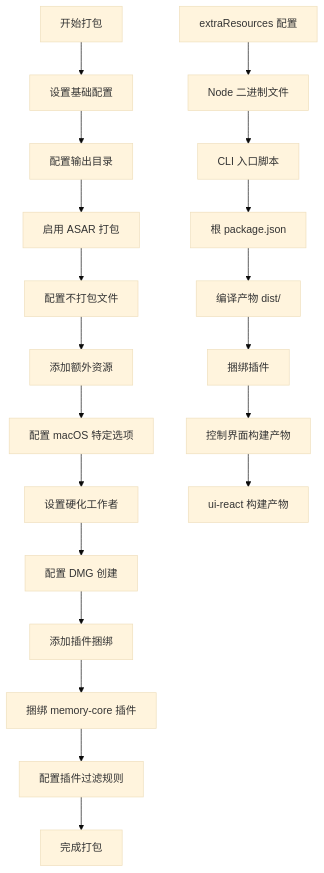
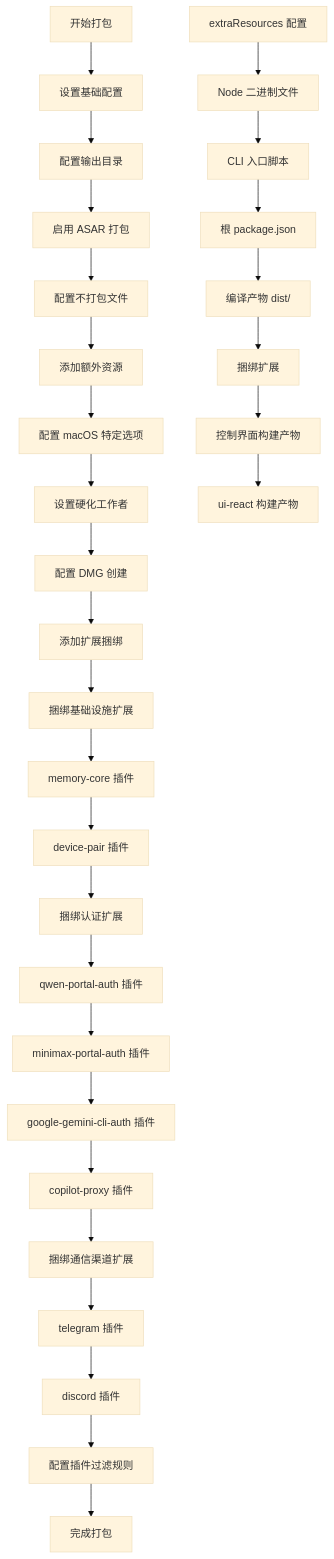
Before and after one commit to verse-ai-org/openclaw: the fifth of 9 diagrams in .qoder/repowiki/zh/content/Electron Packaging Configuration.md, drawn with Mermaid (base theme). The commit also changed other lines of this file and 7 other files, not shown here.

````diff
--- a/.qoder/repowiki/zh/content/Electron Packaging Configuration.md
+++ b/.qoder/repowiki/zh/content/Electron Packaging Configuration.md
@@ -224,22 +252,32 @@
 ```mermaid
 flowchart TD
 A[开始打包] --> B[设置基础配置]
 B --> C[配置输出目录]
 C --> D[启用 ASAR 打包]
 D --> E[配置不打包文件]
 E --> F[添加额外资源]
 F --> G[配置 macOS 特定选项]
 G --> H[设置硬化工作者]
 H --> I[配置 DMG 创建]
-I --> J[添加插件捆绑]
-J --> K[捆绑 memory-core 插件]
-K --> L[配置插件过滤规则]
-L --> M[完成打包]
-N[extraResources 配置] --> O[Node 二进制文件]
-O --> P[CLI 入口脚本]
-P --> Q[根 package.json]
-Q --> R[编译产物 dist/]
-R --> S[捆绑插件]
-S --> T[控制界面构建产物]
-T --> U[ui-react 构建产物]
+I --> J[添加扩展捆绑]
+J --> K[捆绑基础设施扩展]
+K --> L[memory-core 插件]
+L --> M[device-pair 插件]
+M --> N[捆绑认证扩展]
+N --> O[qwen-portal-auth 插件]
+O --> P[minimax-portal-auth 插件]
+P --> Q[google-gemini-cli-auth 插件]
+Q --> R[copilot-proxy 插件]
+R --> S[捆绑通信渠道扩展]
+S --> T[telegram 插件]
+T --> U[discord 插件]
+U --> V[配置插件过滤规则]
+V --> W[完成打包]
+X[extraResources 配置] --> Y[Node 二进制文件]
+Y --> Z[CLI 入口脚本]
+Z --> AA[根 package.json]
+AA --> BB[编译产物 dist/]
+BB --> CC[捆绑扩展]
+CC --> DD[控制界面构建产物]
+DD --> EE[ui-react 构建产物]
 ```
````
